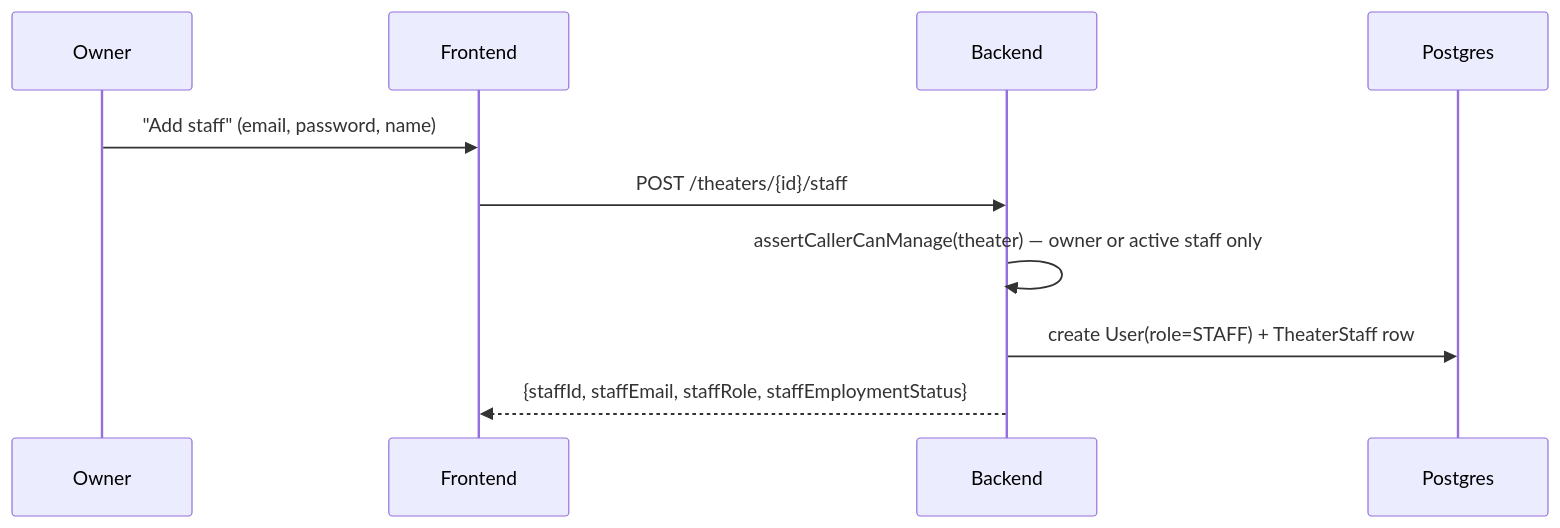
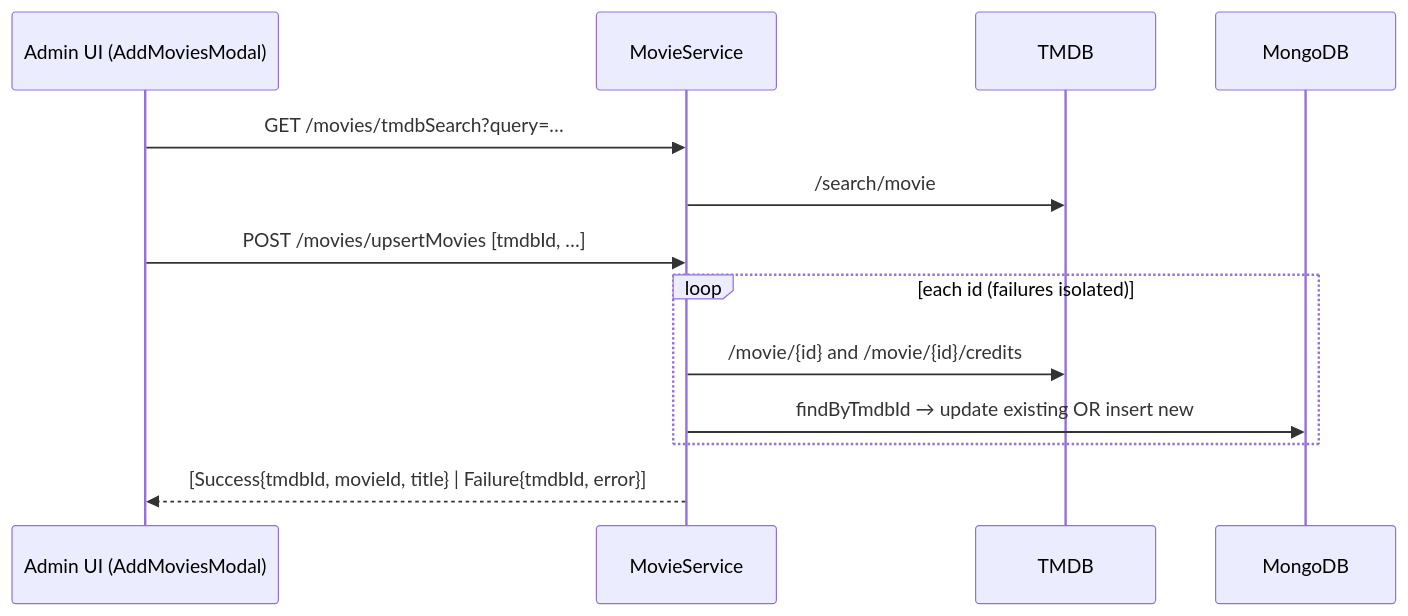
One commit to prabh1805/showtime changed the seventh of 10 diagrams in ARCHITECTURE.md. Above: the diagram before and after it, drawn with Mermaid. The commit also changed other lines of this file, not shown here.

First line of the commit message:
Rewrite ARCHITECTURE.md as a full architecture and interview guide

````diff
--- a/ARCHITECTURE.md
+++ b/ARCHITECTURE.md
@@ -139,13 +531,16 @@
 ```mermaid
 sequenceDiagram
-    participant Ow as Owner
-    participant FE as Frontend
-    participant BE as Backend
-    participant PG as Postgres
+    participant Ad as Admin UI (AddMoviesModal)
+    participant BE as MovieService
+    participant T as TMDB
+    participant M as MongoDB
 
-    Ow->>FE: "Add staff" (email, password, name)
-    FE->>BE: POST /theaters/{id}/staff
-    BE->>BE: assertCallerCanManage(theater) — owner or active staff only
-    BE->>PG: create User(role=STAFF) + TheaterStaff row
-    BE-->>FE: {staffId, staffEmail, staffRole, staffEmploymentStatus}
+    Ad->>BE: GET /movies/tmdbSearch?query=…
+    BE->>T: /search/movie
+    Ad->>BE: POST /movies/upsertMovies [tmdbId, …]
+    loop each id (failures isolated)
+        BE->>T: /movie/{id} and /movie/{id}/credits
+        BE->>M: findByTmdbId → update existing OR insert new
+    end
+    BE-->>Ad: [Success{tmdbId, movieId, title} | Failure{tmdbId, error}]
 ```
````
